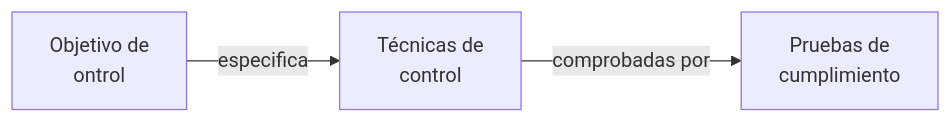
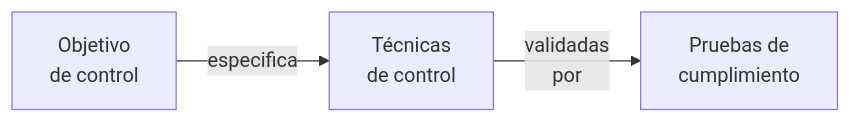
The diagram in 4to Nivel/Administración de Sistemas de Información/Auditoría del Desarrollo Según Piattini.md (agustinbravop/utn-vault), drawn with Mermaid before and after one commit. The commit also changed 41 other files, not shown here.

````diff
--- a/4to Nivel/Administración de Sistemas de Información/Auditoría del Desarrollo Según Piattini.md
+++ b/4to Nivel/Administración de Sistemas de Información/Auditoría del Desarrollo Según Piattini.md
@@ -8,4 +8,8 @@
 ```mermaid
 flowchart LR;
-1["Objetivo de\nontrol"] --especifica--> 2["Técnicas de\ncontrol"] --comprobadas por--> 3["Pruebas de\ncumplimiento"]
+1["Objetivo
+de control"] --especifica--> 2["Técnicas
+de control"] --validadas
+por--> 3["Pruebas de
+cumplimiento"]
 ```
````
